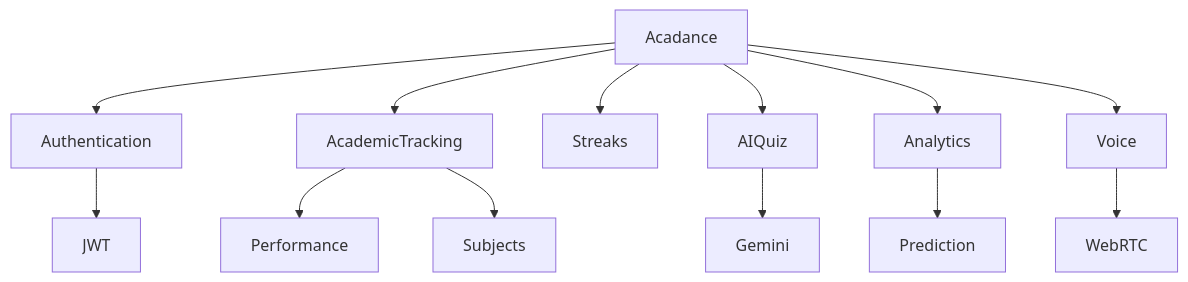
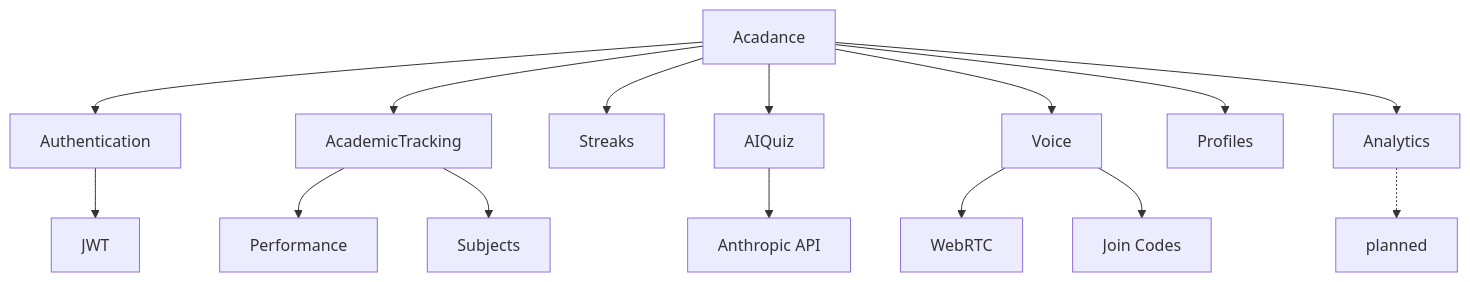
The fourth of 4 diagrams in README.md (ashleythabang47-cloud/Acadance-), drawn with Mermaid before and after one commit. The commit also changed other lines of this file, not shown here.

````diff
--- a/README.md
+++ b/README.md
@@ -267,29 +288,18 @@
 ```mermaid
 graph TD
-
-    Acadance
-
     Acadance --> Authentication
-
     Acadance --> AcademicTracking
-
     Acadance --> Streaks
-
     Acadance --> AIQuiz
-
+    Acadance --> Voice
+    Acadance --> Profiles
     Acadance --> Analytics
 
-    Acadance --> Voice
-
     Authentication --> JWT
-
     AcademicTracking --> Performance
-
     AcademicTracking --> Subjects
-
-    AIQuiz --> Gemini
-
-    Analytics --> Prediction
-
+    AIQuiz --> AnthropicAPI[Anthropic API]
     Voice --> WebRTC
+    Voice --> JoinCodes[Join Codes]
+    Analytics -.-> Prediction[planned]
 ```
````
